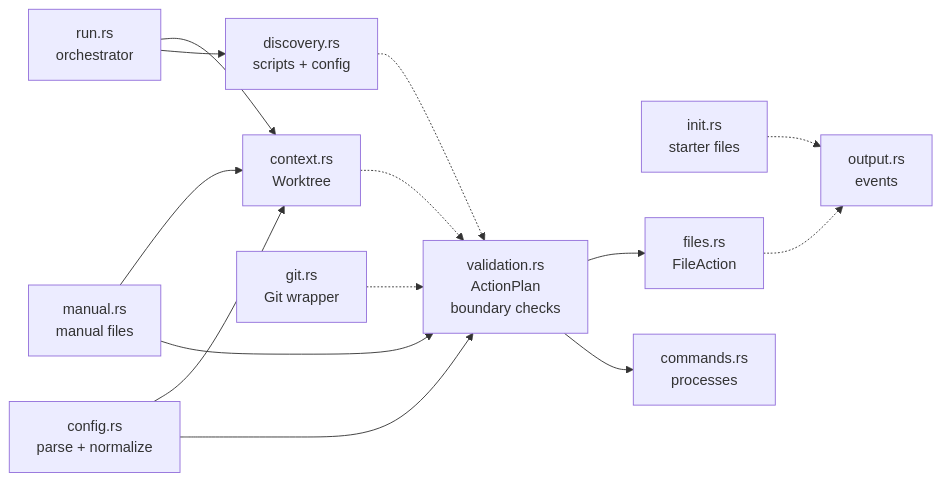
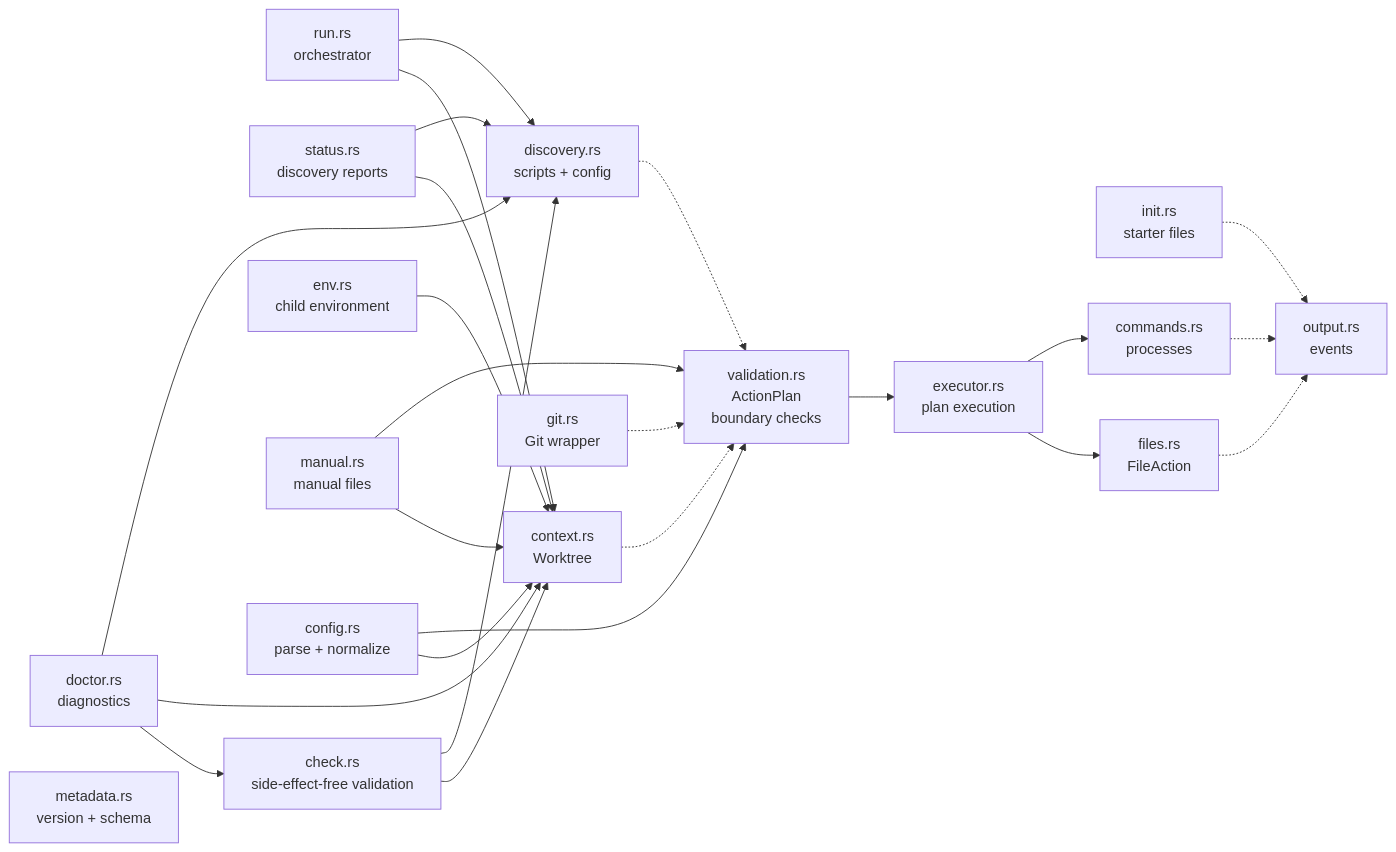
One commit to jimeh/treeboot changed the fifth of 5 diagrams in docs/ARCHITECTURE.md. Above: the diagram before and after it, drawn with Mermaid. The commit also changed other lines of this file and 49 other files, not shown here.

````diff
--- a/docs/ARCHITECTURE.md
+++ b/docs/ARCHITECTURE.md
@@ -164,28 +173,44 @@
 ```mermaid
 flowchart LR
   RUN["run.rs<br/>orchestrator"]
+  STATUS["status.rs<br/>discovery reports"]
+  CHECK["check.rs<br/>side-effect-free validation"]
+  DOCTOR["doctor.rs<br/>diagnostics"]
+  ENV["env.rs<br/>child environment"]
   MANUAL["manual.rs<br/>manual files"]
   CONFIG["config.rs<br/>parse + normalize"]
   INIT["init.rs<br/>starter files"]
+  META["metadata.rs<br/>version + schema"]
   CONTEXT["context.rs<br/>Worktree"]
   DISC["discovery.rs<br/>scripts + config"]
   GIT["git.rs<br/>Git wrapper"]
+  EXEC["executor.rs<br/>plan execution"]
   VALID["validation.rs<br/>ActionPlan<br/>boundary checks"]
   FILES["files.rs<br/>FileAction"]
   CMDS["commands.rs<br/>processes"]
   OUT["output.rs<br/>events"]
 
   RUN --> CONTEXT
   RUN --> DISC
+  STATUS --> CONTEXT
+  STATUS --> DISC
+  CHECK --> CONTEXT
+  CHECK --> DISC
+  DOCTOR --> CHECK
+  DOCTOR --> CONTEXT
+  DOCTOR --> DISC
+  ENV --> CONTEXT
   MANUAL --> CONTEXT
   CONFIG --> CONTEXT
   CONTEXT -.-> VALID
   DISC -.-> VALID
   GIT -.-> VALID
   CONFIG --> VALID
   MANUAL --> VALID
-  VALID --> FILES
-  VALID --> CMDS
+  VALID --> EXEC
+  EXEC --> FILES
+  EXEC --> CMDS
   INIT -.-> OUT
   FILES -.-> OUT
+  CMDS -.-> OUT
 ```
````
